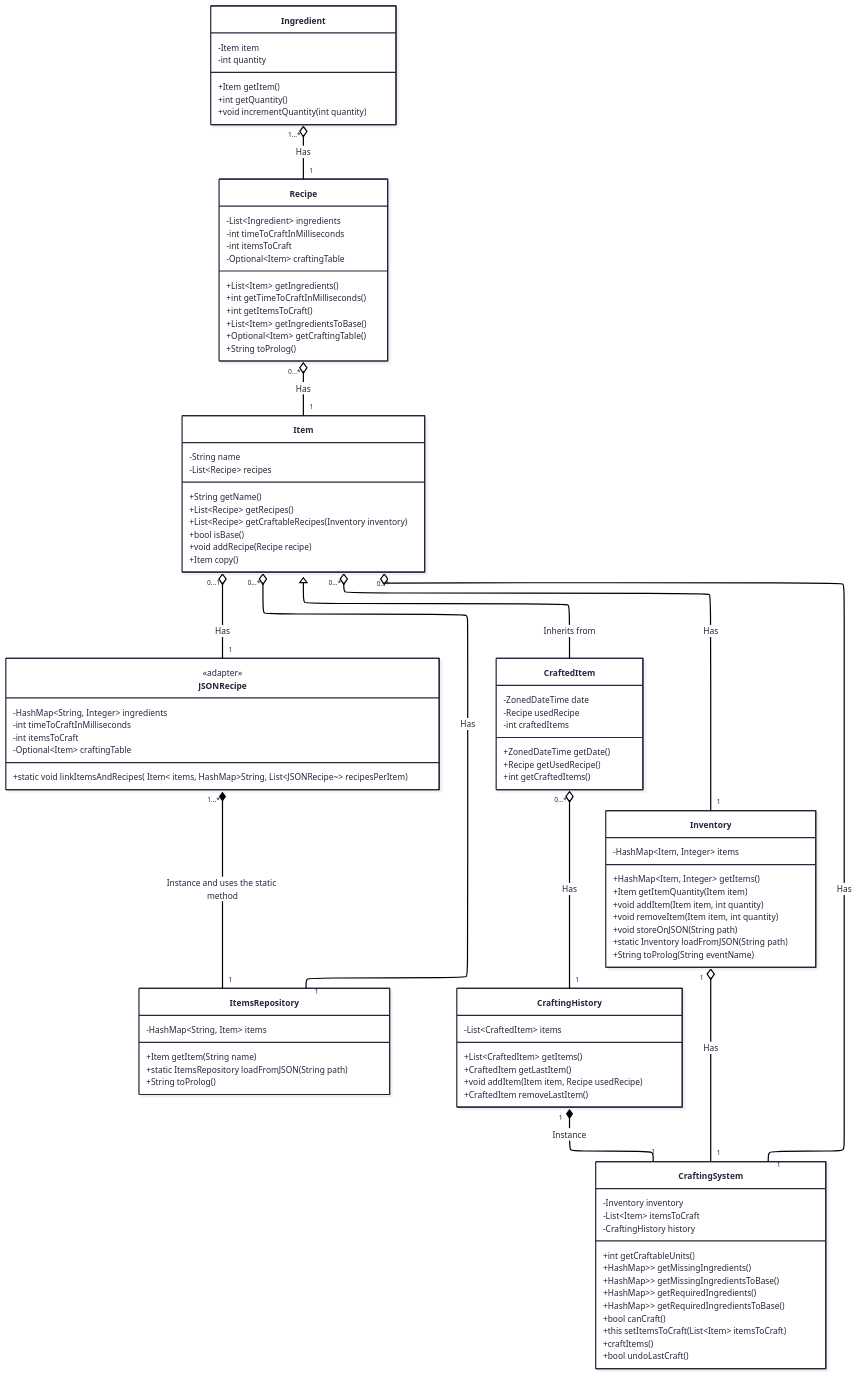
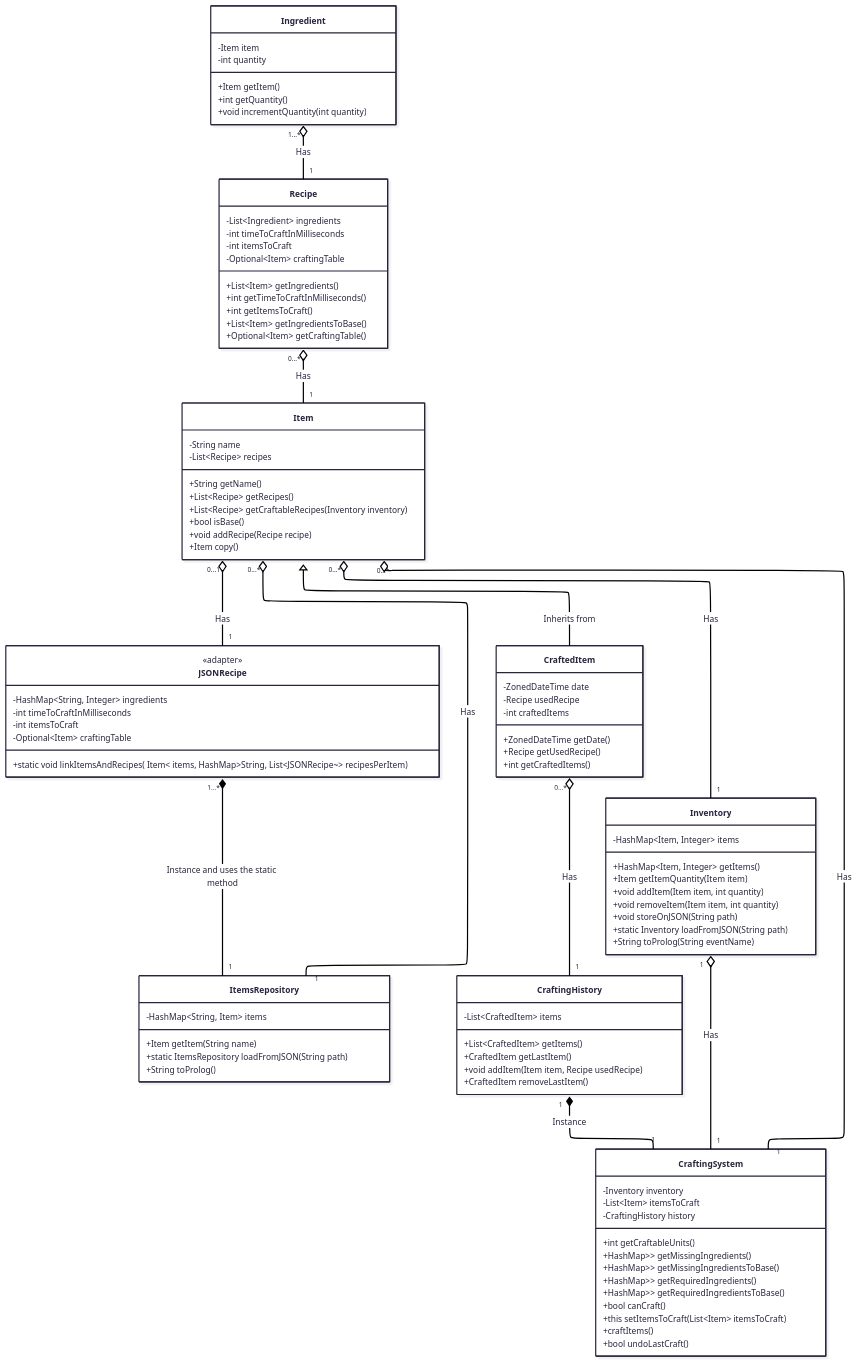
Before and after one commit to hozlucas28/Java-Practical-Work-2025: the first of 2 diagrams in README.md, drawn with Mermaid. The commit also changed 1 other file, not shown here.

Commit message:
chore: remove unnecessary method

```diff
--- a/README.md
+++ b/README.md
@@ -135,7 +135,6 @@
 	    +int getItemsToCraft()
 	    +List~Item~ getIngredientsToBase()
 	    +Optional~Item~ getCraftingTable()
-        +String toProlog()
     }
 
     class JSONRecipe {
```
